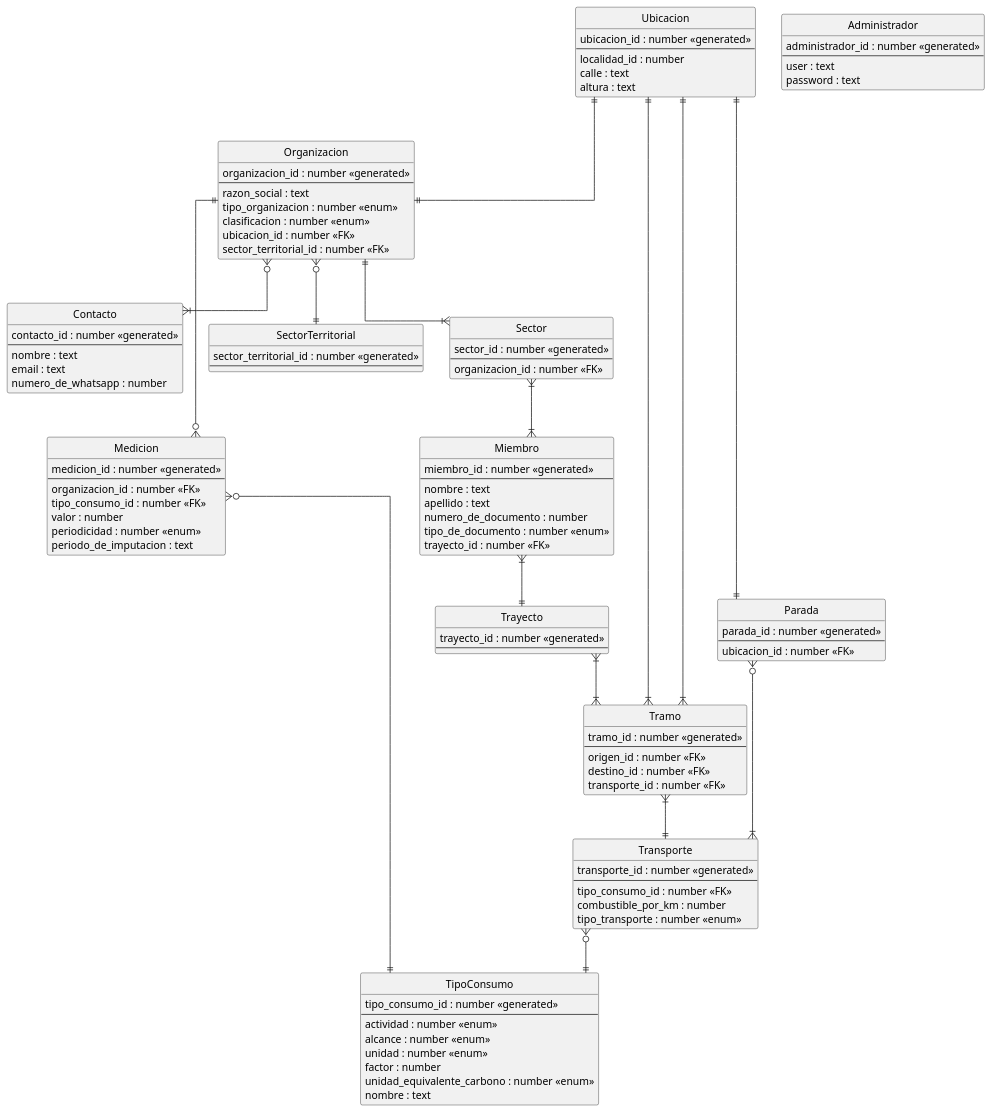
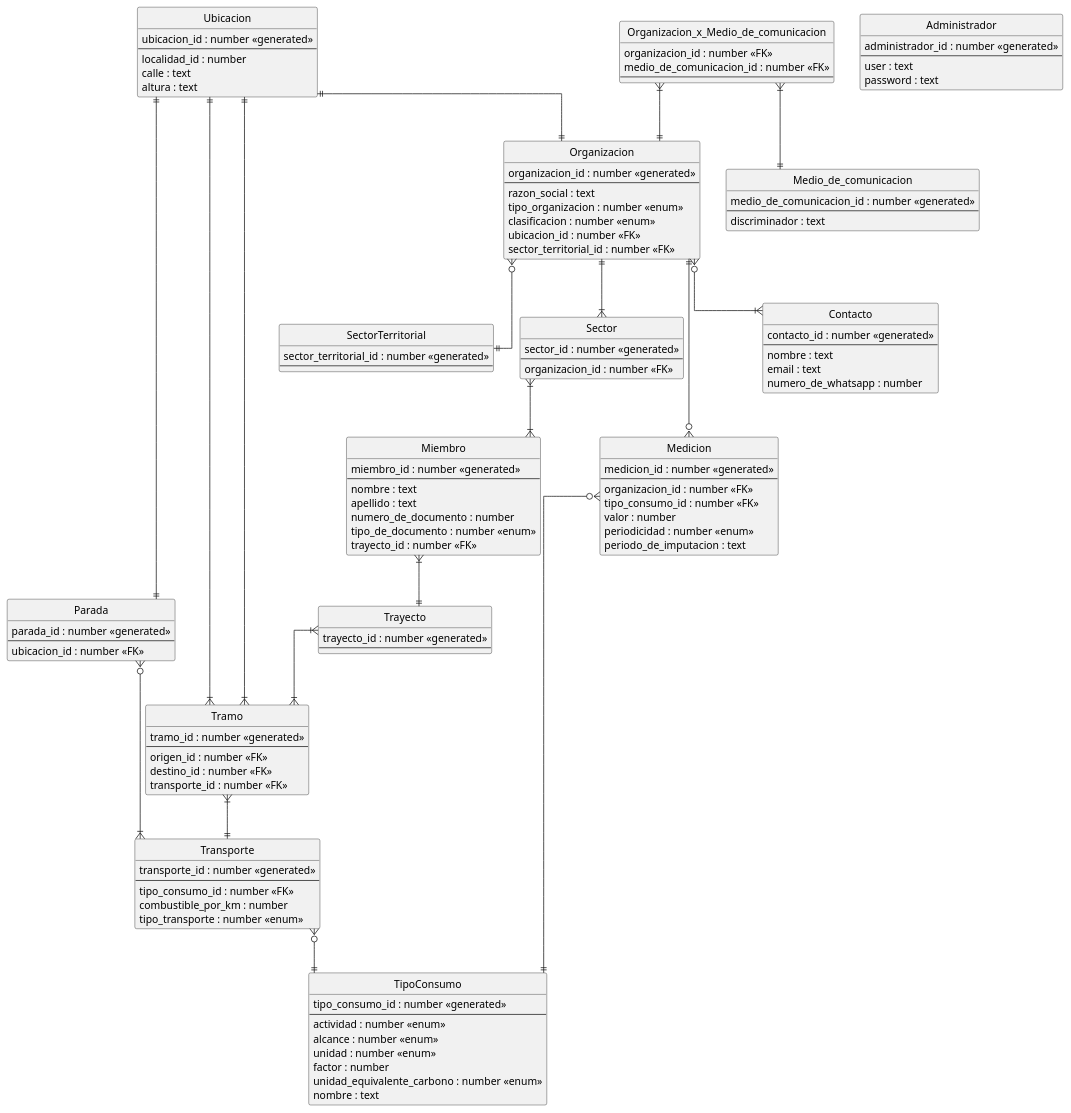
One commit to mbeorlegui/tpa-dds-2022 changed the diagram in DER.puml. Above: the diagram before and after it, drawn with PlantUML. The commit also changed 1 other file, not shown here.

Commit message:
fix: agrego entidad medio_de_comunicacion y la relacion ManyToMany con Organizacion

```diff
--- a/DER.puml
+++ b/DER.puml
@@ -1,141 +1,154 @@
 @startuml DER
 
 hide circle
 skinparam linetype ortho
 
 entity Organizacion {
   organizacion_id : number <<generated>>
   --
   razon_social : text
   tipo_organizacion : number <<enum>>
   clasificacion : number <<enum>>
   ubicacion_id : number <<FK>>
   sector_territorial_id : number <<FK>>
 }
 
 entity Contacto {
   contacto_id : number <<generated>>
   --
   nombre : text
   email : text
   numero_de_whatsapp : number
 }
 
 entity SectorTerritorial {
   sector_territorial_id : number <<generated>>
   --
 }
 
 entity TipoConsumo {
   tipo_consumo_id : number <<generated>>
   --
   actividad : number <<enum>>
   alcance : number <<enum>>
   unidad : number <<enum>>
   ' factor y unidad son embebidos
   factor : number
   unidad_equivalente_carbono : number <<enum>>
   nombre : text
 }
 
 entity Medicion {
   medicion_id : number <<generated>>
   --
   organizacion_id : number <<FK>>
   tipo_consumo_id : number <<FK>>
   valor : number
   periodicidad : number <<enum>>
   periodo_de_imputacion : text
 }
 
 entity Ubicacion {
   ubicacion_id : number <<generated>>
   --
   localidad_id : number
   calle : text
   altura : text
 }
 
 entity Sector {
   sector_id : number <<generated>>
   --
   organizacion_id : number <<FK>>
 }
 
 entity Miembro {
   miembro_id : number <<generated>>
   --
   nombre : text
   apellido : text
   numero_de_documento : number
   tipo_de_documento : number <<enum>>
   trayecto_id : number <<FK>>
 }
 
 entity Transporte {
   transporte_id : number <<generated>>
   --
   tipo_consumo_id : number <<FK>>
   combustible_por_km : number
   tipo_transporte : number <<enum>>
   ' Analizar herencia (single-table o join)
   ' VehiculoParticular, TransportePublico y ServicioContratado
 }
 
 entity Tramo {
   tramo_id : number <<generated>>
   --
   origen_id : number <<FK>>
   destino_id : number <<FK>>
   transporte_id : number <<FK>>
 }
 
 entity Trayecto {
   trayecto_id : number <<generated>>
   --
   ' Romper relacion con Tramo
 }
 
 entity Parada {
   parada_id : number <<generated>>
   --
   ubicacion_id : number <<FK>>
   ' Romper relacion con Transporte
 }
 
 entity Administrador {
   administrador_id : number <<generated>>
   --
   user : text
   password : text
 }
 
+entity Medio_de_comunicacion {
+    medio_de_comunicacion_id : number <<generated>>
+    --
+    discriminador : text
+}
+
+entity Organizacion_x_Medio_de_comunicacion {
+    organizacion_id : number <<FK>>
+    medio_de_comunicacion_id : number <<FK>>
+    --
+}
+
 Organizacion ||--|{ Sector
 Sector }|--|{ Miembro
 ' Documento es propiedad de Miembro
 Miembro }|--|| Trayecto
 Trayecto }|--|{ Tramo
 Tramo }|--|| Transporte
 ' Ver como hacer la Herencia de transporte (single table)
 ' TipoTransporte va como propiedad del Transporte
 Parada }o--|{ Transporte
 ' ResultadoDistancia es propiedad de Parada
 Ubicacion ||--|| Parada
 Ubicacion ||--|| Organizacion
 ' Parada y Organizacion tienen FK de Ubicacion
 Ubicacion||--|{ Tramo
 Ubicacion||--|{ Tramo
 ' Tramo tiene 2 FK que referencian a Ubicacion
 Organizacion||-o{ Medicion
 Medicion }o--|| TipoConsumo
 Transporte }o--|| TipoConsumo
 ' FE queda como embedded y TipoConsumo queda como Embeddable
 ' Administrador no tiene relacion con ninguna entidad
 Organizacion }o--|{ Contacto
 Organizacion }o--|| SectorTerritorial
 
 ' Queda romper las relaciones ManyToMany
 
-
+Organizacion_x_Medio_de_comunicacion }|--||Medio_de_comunicacion
+Organizacion_x_Medio_de_comunicacion }|--||Organizacion
 
 @enduml
```
